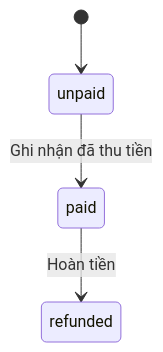
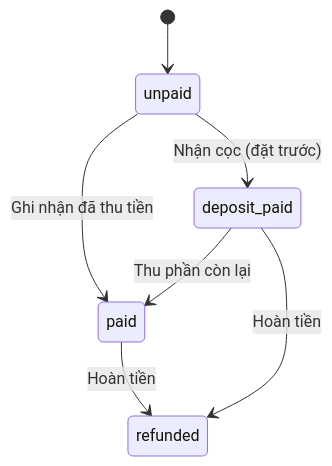
The second of 4 diagrams in docs/chuan/04-trang-thai.md (ledoankhoi/WEB_MO_HINH), drawn with Mermaid before and after one commit. The commit also changed other lines of this file and 295 other files, not shown here.

````diff
--- a/docs/chuan/04-trang-thai.md
+++ b/docs/chuan/04-trang-thai.md
@@ -40,6 +40,9 @@
 ```mermaid
 stateDiagram-v2
   [*] --> unpaid
   unpaid --> paid: Ghi nhận đã thu tiền
+  unpaid --> deposit_paid: Nhận cọc (đặt trước)
+  deposit_paid --> paid: Thu phần còn lại
+  deposit_paid --> refunded: Hoàn tiền
   paid --> refunded: Hoàn tiền
 ```
````
